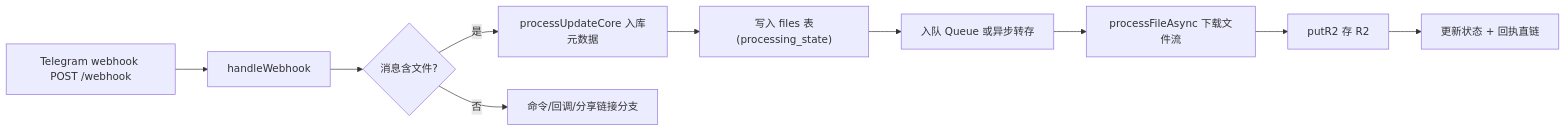
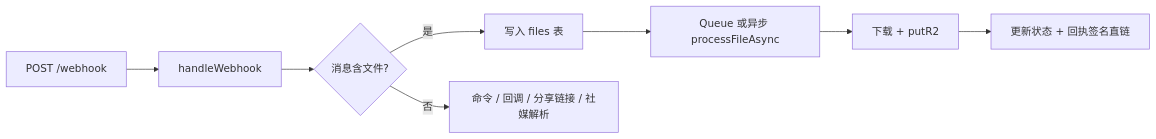
The first of 2 diagrams in .monkeycode/docs/ARCHITECTURE.md (ichq1069/telegram-r2-worker), drawn with Mermaid before and after one commit. The commit also changed other lines of this file and 16 other files, not shown here.

````diff
--- a/.monkeycode/docs/ARCHITECTURE.md
+++ b/.monkeycode/docs/ARCHITECTURE.md
@@ -105,12 +125,10 @@
 ```mermaid
 flowchart LR
-    A["Telegram webhook POST /webhook"] --> B["handleWebhook"]
+    A["POST /webhook"] --> B["handleWebhook"]
     B --> C{"消息含文件?"}
-    C -->|是| D["processUpdateCore 入库元数据"]
-    D --> E["写入 files 表(processing_state)"]
-    E --> F["入队 Queue 或异步转存"]
-    F --> G["processFileAsync 下载文件流"]
-    G --> H["putR2 存 R2"]
-    H --> I["更新状态 + 回执直链"]
-    C -->|否| J["命令/回调/分享链接分支"]
+    C -->|是| D["写入 files 表"]
+    D --> E["Queue 或异步 processFileAsync"]
+    E --> F["下载 + putR2"]
+    F --> G["更新状态 + 回执签名直链"]
+    C -->|否| H["命令 / 回调 / 分享链接 / 社媒解析"]
 ```
````
